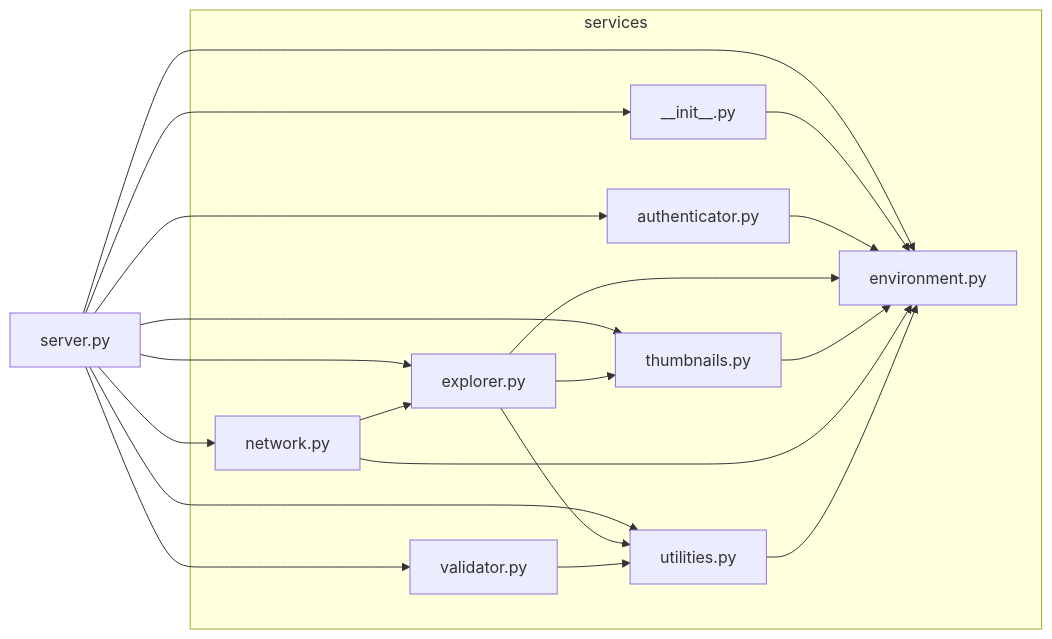
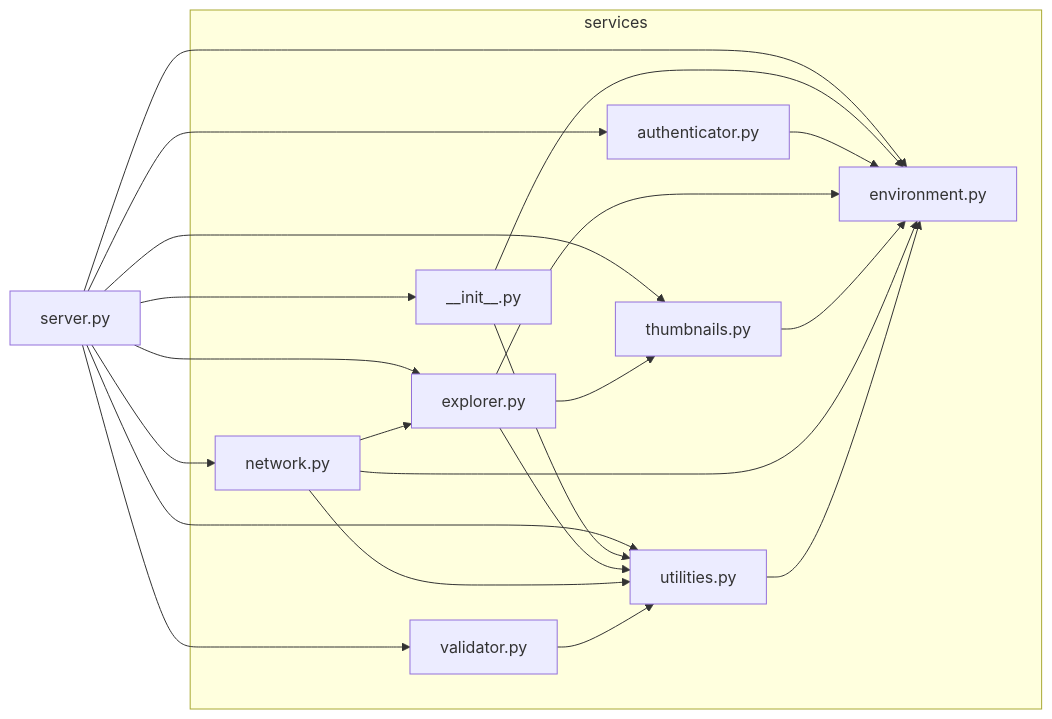
One commit to akshay-nile/file-server-http changed the first of 2 diagrams in README.md. Above: the diagram before and after it, drawn with Mermaid. The commit also changed other lines of this file and 9 other files, not shown here.

````diff
--- a/README.md
+++ b/README.md
@@ -29,41 +29,43 @@
 ```mermaid
 graph LR
     server[server.py]
 
     subgraph services
         init[#95;#95;init#95;#95;.py]
         explorer[explorer.py]
         authenticator[authenticator.py]
         validator[validator.py]
         network[network.py]
         environment[environment.py]
         thumbnails[thumbnails.py]
         utilities[utilities.py]
     end
 
     server --> init
     server --> explorer
     server --> authenticator
     server --> thumbnails
     server --> environment
     server --> network
     server --> validator
     server --> utilities
 
     init --> environment
+    init --> utilities
 
     authenticator --> environment
 
     explorer --> environment
     explorer --> thumbnails
     explorer --> utilities
 
     thumbnails --> environment
 
     network --> environment
     network --> explorer
+    network --> utilities
 
     validator --> utilities
 
     utilities --> environment
 ```
````
